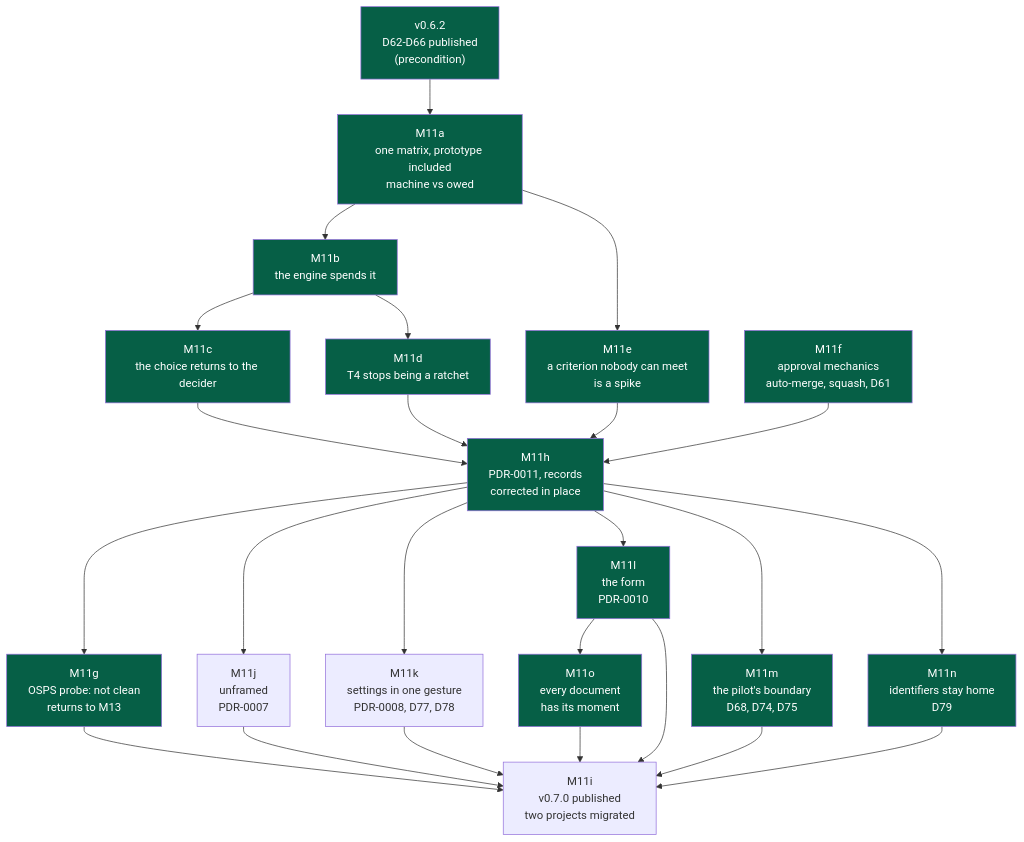
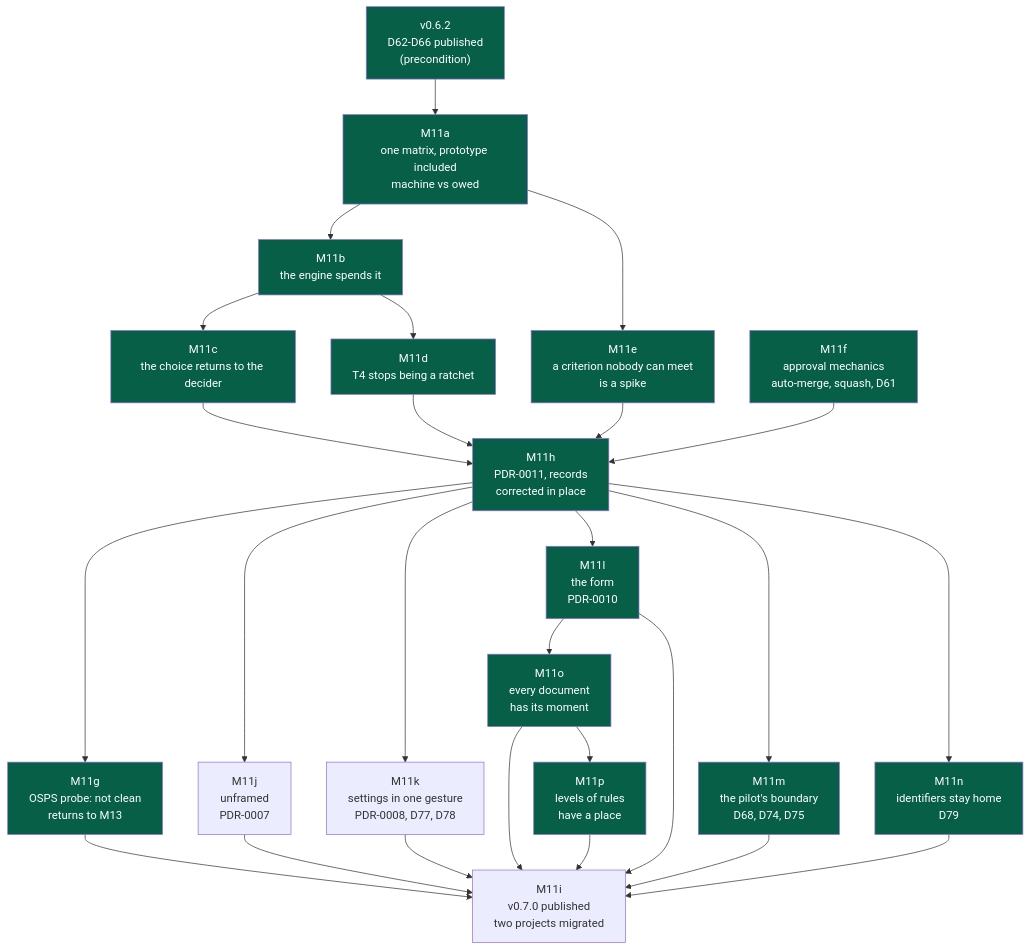
The first of 3 diagrams in docs/governance/plans/2026-09-23-m11-ceremony-follows-consequence.md (NapkinStack/engineering-os), drawn with Mermaid before and after one commit. The commit also changed other lines of this file and 18 other files, not shown here.

````diff
--- a/docs/governance/plans/2026-09-23-m11-ceremony-follows-consequence.md
+++ b/docs/governance/plans/2026-09-23-m11-ceremony-follows-consequence.md
@@ -140,28 +140,30 @@
 ```mermaid
 flowchart TD
     V62["v0.6.2<br/>D62-D66 published<br/>(precondition)"]:::done --> A
     A["M11a<br/>one matrix, prototype included<br/>machine vs owed"]:::done --> B["M11b<br/>the engine spends it"]:::done
     B --> C["M11c<br/>the choice returns to the decider"]:::done
     B --> D["M11d<br/>T4 stops being a ratchet"]:::done
     A --> E["M11e<br/>a criterion nobody can meet<br/>is a spike"]:::done
     F["M11f<br/>approval mechanics<br/>auto-merge, squash, D61"]:::done --> H
     C --> H["M11h<br/>PDR-0011, records<br/>corrected in place"]:::done
     D --> H
     E --> H
     H --> G["M11g<br/>OSPS probe: not clean<br/>returns to M13"]:::done
     H --> J["M11j<br/>unframed<br/>PDR-0007"]
     H --> K["M11k<br/>settings in one gesture<br/>PDR-0008, D77, D78"]
     H --> L["M11l<br/>the form<br/>PDR-0010"]:::done
     H --> M["M11m<br/>the pilot's boundary<br/>D68, D74, D75"]:::done
     H --> N["M11n<br/>identifiers stay home<br/>D79"]:::done
     L --> O["M11o<br/>every document<br/>has its moment"]:::done
     O --> I
+    O --> Q["M11p<br/>levels of rules<br/>have a place"]:::done
+    Q --> I
     N --> I
     G --> I["M11i<br/>v0.7.0 published<br/>two projects migrated"]
     J --> I
     K --> I
     L --> I
     M --> I
 
     classDef done fill:#065f46,color:#fff
 ```
````
